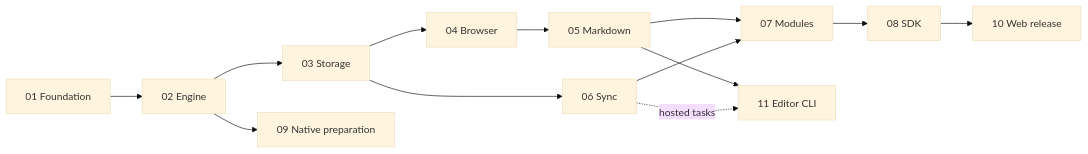
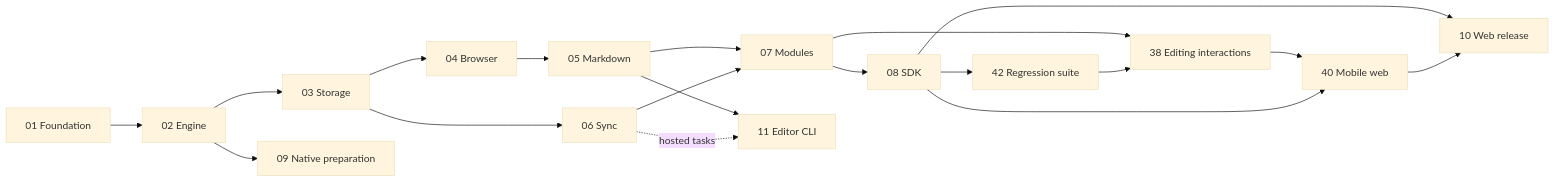
Before and after one commit to edit-ac/architecture: the diagram in README.md, drawn with Mermaid (base theme). The commit also changed other lines of this file and 6581 other files, not shown here.

````diff
--- a/README.md
+++ b/README.md
@@ -38,15 +40,21 @@
 ```mermaid
 flowchart LR
   A[01 Foundation] --> B[02 Engine]
   B --> C[03 Storage]
   C --> D[04 Browser]
   D --> E[05 Markdown]
   C --> F[06 Sync]
   E --> G[07 Modules]
   F --> G
   G --> H[08 SDK]
   H --> I[10 Web release]
+  G --> Q[38 Editing interactions]
+  H --> S[42 Regression suite]
+  S --> Q
+  Q --> R[40 Mobile web]
+  H --> R
+  R --> I
   B --> J[09 Native preparation]
   E --> K[11 Editor CLI]
   F -. hosted tasks .-> K
 ```
````
